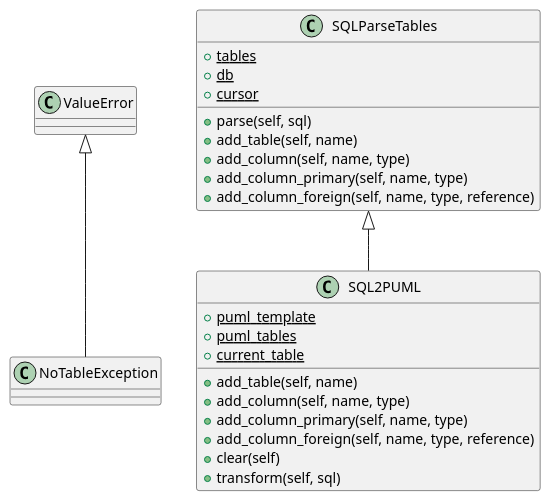
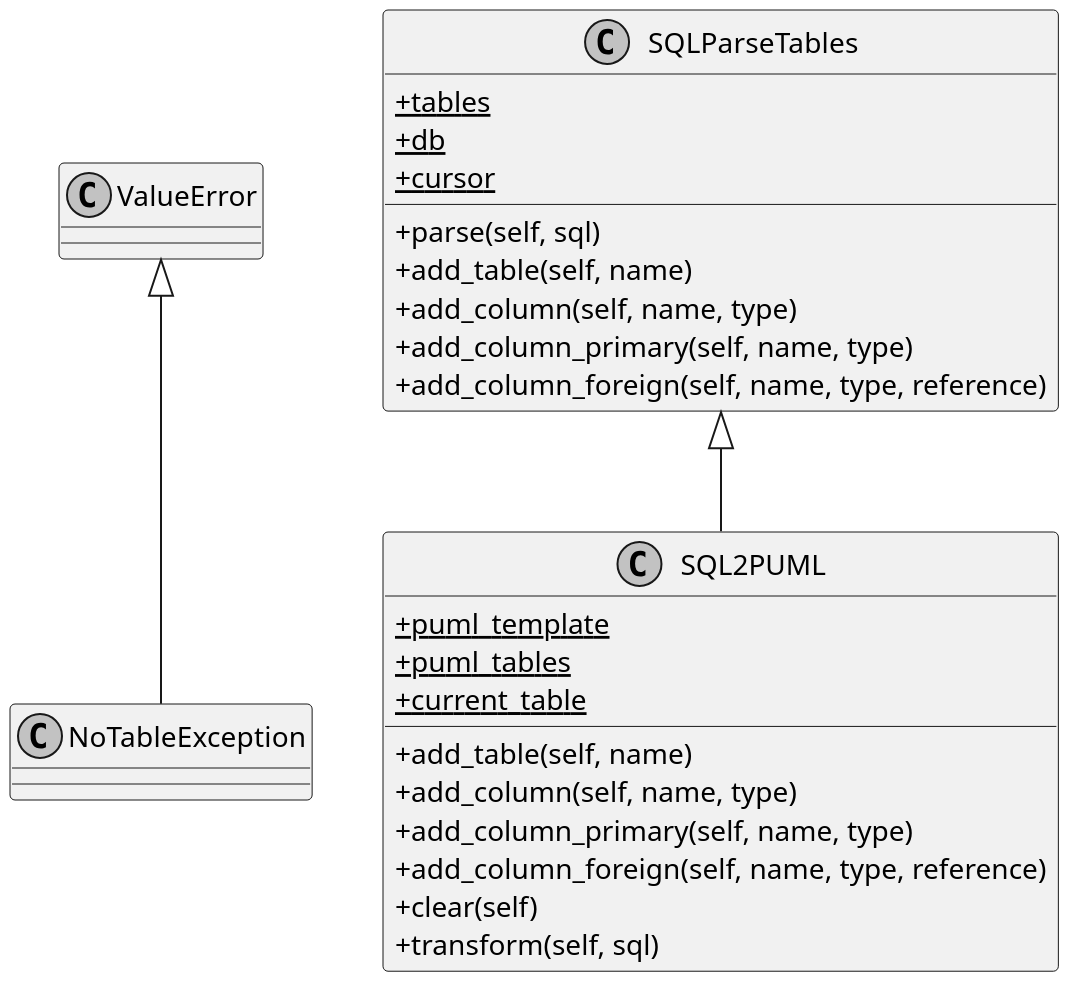
Before and after one commit to deadbok/py-puml-tools: the diagram in py2puml/examples/dbsql2puml.puml, drawn with PlantUML. The commit also changed 15 other files, not shown here.

```diff
--- a/py2puml/examples/dbsql2puml.puml
+++ b/py2puml/examples/dbsql2puml.puml
@@ -1,30 +1,34 @@
 @startuml
+skinparam monochrome true
+skinparam classAttributeIconSize 0
+scale 2
+
 ValueError <|-- NoTableException
 class NoTableException {
 }
 
 SQLParseTables <|-- SQL2PUML
 class SQL2PUML {
   {static} +puml_template
   {static} +puml_tables
   {static} +current_table
   +add_table(self, name)
   +add_column(self, name, type)
   +add_column_primary(self, name, type)
   +add_column_foreign(self, name, type, reference)
   +clear(self)
   +transform(self, sql)
 }
 
 class SQLParseTables {
   {static} +tables
   {static} +db
   {static} +cursor
   +parse(self, sql)
   +add_table(self, name)
   +add_column(self, name, type)
   +add_column_primary(self, name, type)
   +add_column_foreign(self, name, type, reference)
 }
 
 @enduml
```
